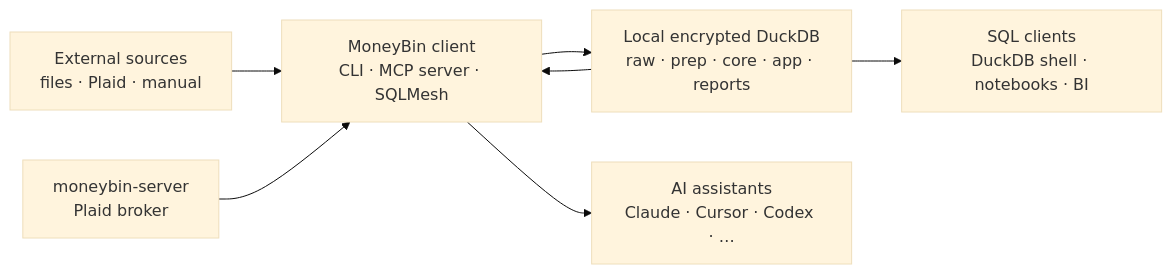
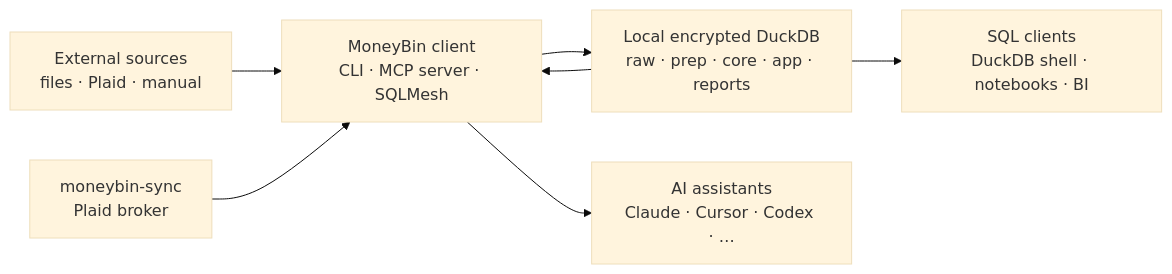
One commit to bsaffel/moneybin changed the first of 2 diagrams in docs/reference/system-overview.md. Above: the diagram before and after it, drawn with Mermaid (base theme). The commit also changed other lines of this file and 34 other files, not shown here.

First line of the commit message:
Rename broker references from moneybin-server to moneybin-sync (#276)

````diff
--- a/docs/reference/system-overview.md
+++ b/docs/reference/system-overview.md
@@ -25,16 +25,16 @@
 ```mermaid
 flowchart LR
   sources["External sources<br/>files · Plaid · manual"]
   client["MoneyBin client<br/>CLI · MCP server · SQLMesh"]
   store["Local encrypted DuckDB<br/>raw · prep · core · app · reports"]
   agents["AI assistants<br/>Claude · Cursor · Codex · …"]
-  server["moneybin-server<br/>Plaid broker"]
+  server["moneybin-sync<br/>Plaid broker"]
   sql["SQL clients<br/>DuckDB shell · notebooks · BI"]
 
   sources --> client
   server --> client
   client --> store
   store --> client
   client --> agents
   store --> sql
 ```
````
